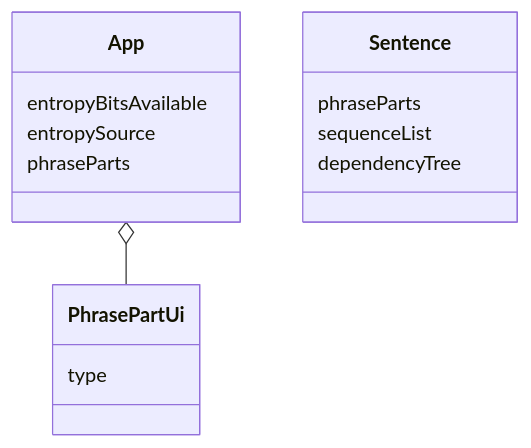
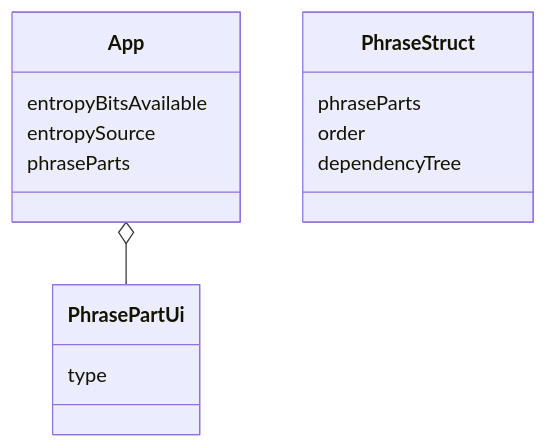
Before and after one commit to philipmw/phrase.shop: the second of 2 diagrams in README.md, drawn with Mermaid. The commit also changed other lines of this file and 17 other files, not shown here.

````diff
--- a/README.md
+++ b/README.md
@@ -102,21 +102,21 @@
 ```mermaid
 classDiagram
 
 class App {
   entropyBitsAvailable
   entropySource
   phraseParts
 }
 
 class PhrasePartUi {
   type
 }
 
-class Sentence {
+class PhraseStruct {
   phraseParts
-  sequenceList
+  order
   dependencyTree
 }
 
 App o-- PhrasePartUi
 ```
````
